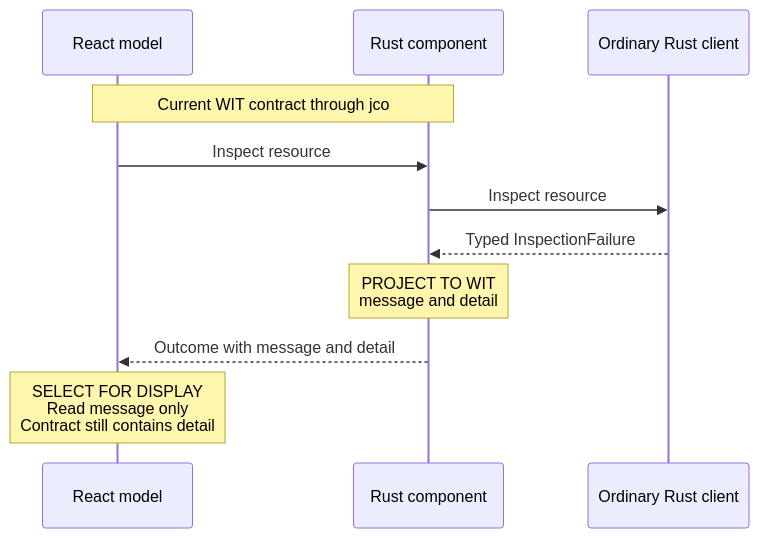
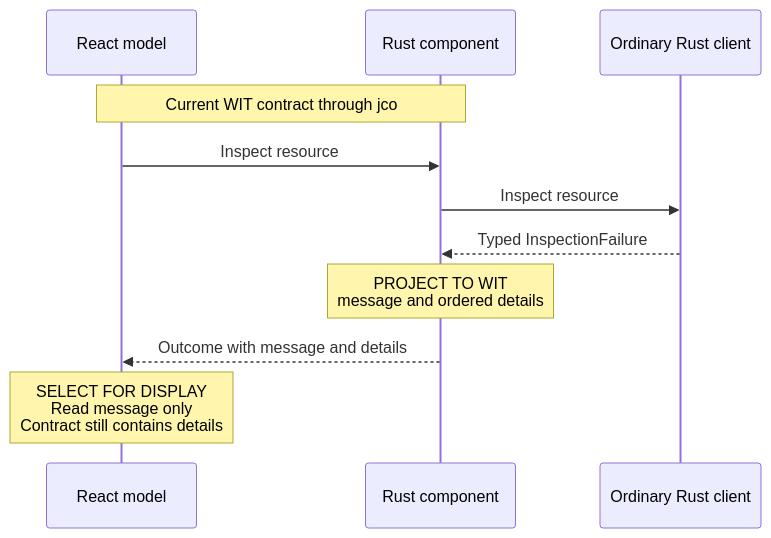
Before and after one commit to project-millipede/app-anatomy: the third of 7 diagrams in docs/architecture/error-boundaries.md, drawn with Mermaid. The commit also changed other lines of this file and 6 other files, not shown here.

````diff
--- a/docs/architecture/error-boundaries.md
+++ b/docs/architecture/error-boundaries.md
@@ -183,14 +187,14 @@
 ```mermaid
 sequenceDiagram
     participant UI as React model
     participant Component as Rust component
     participant Client as Ordinary Rust client
 
     Note over UI,Component: Current WIT contract through jco
     UI->>Component: Inspect resource
     Component->>Client: Inspect resource
     Client-->>Component: Typed InspectionFailure
-    Note over Component: PROJECT TO WIT<br/>message and detail
-    Component-->>UI: Outcome with message and detail
-    Note over UI: SELECT FOR DISPLAY<br/>Read message only<br/>Contract still contains detail
+    Note over Component: PROJECT TO WIT<br/>message and ordered details
+    Component-->>UI: Outcome with message and details
+    Note over UI: SELECT FOR DISPLAY<br/>Read message only<br/>Contract still contains details
 ```
````
